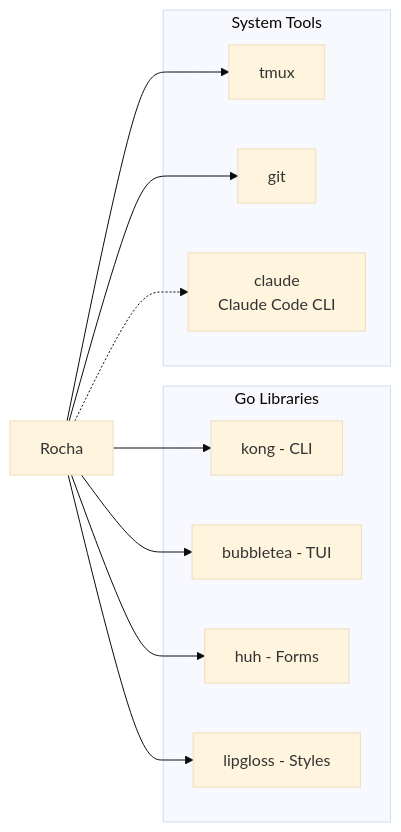
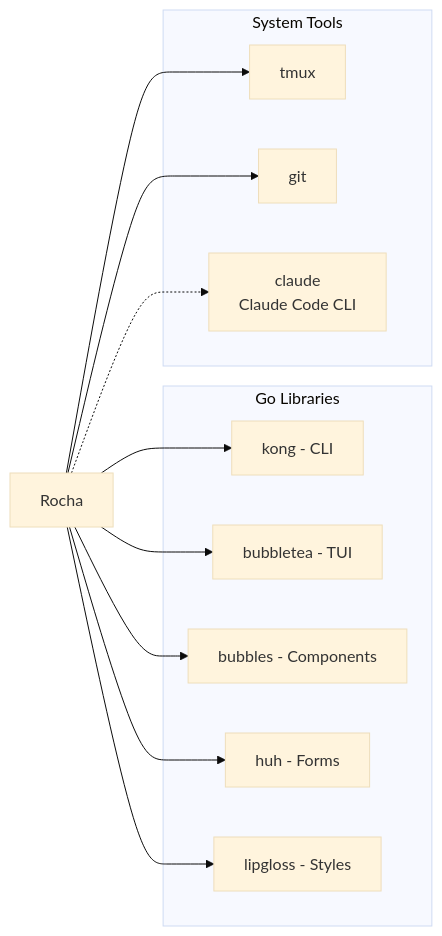
One commit to renato0307/rocha changed the fifth of 5 diagrams in ARCHITECTURE.md. Above: the diagram before and after it, drawn with Mermaid (base theme). The commit also changed other lines of this file and 1 other file, not shown here.

First line of the commit message:
docs: update ARCHITECTURE.md for bubbles/list and exited state

````diff
--- a/ARCHITECTURE.md
+++ b/ARCHITECTURE.md
@@ -269,23 +284,25 @@
 ```mermaid
 graph LR
     subgraph "Go Libraries"
         KONG[kong - CLI]
         BT[bubbletea - TUI]
+        BUBBLES[bubbles - Components]
         HUH[huh - Forms]
         LG[lipgloss - Styles]
     end
 
     subgraph "System Tools"
         TMUX[tmux]
         GIT[git]
         CLAUDE[claude<br/>Claude Code CLI]
     end
 
     APP[Rocha] --> KONG
     APP --> BT
+    APP --> BUBBLES
     APP --> HUH
     APP --> LG
     APP --> TMUX
     APP --> GIT
     APP -.-> CLAUDE
 ```
````
